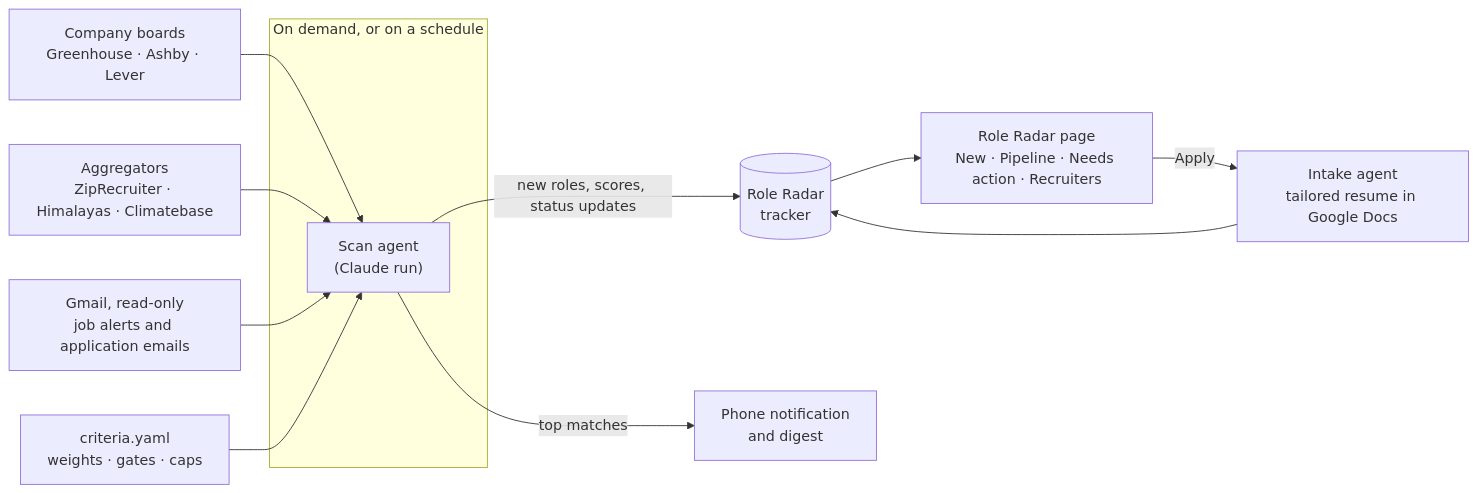
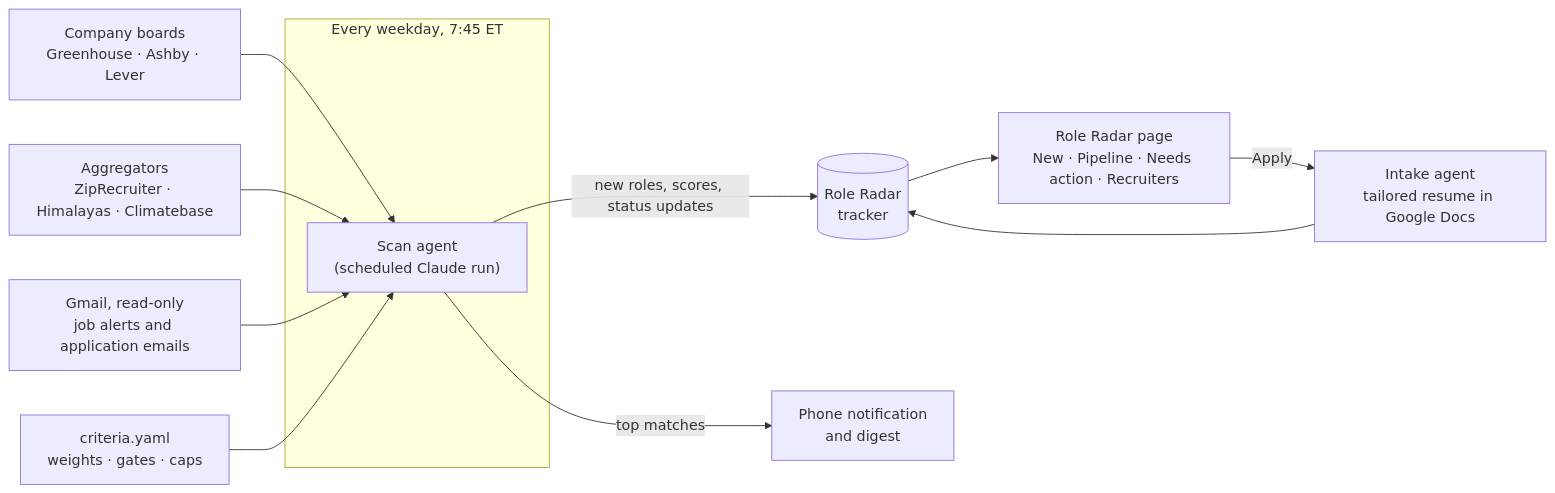
The diagram in README.md (holroydchase-afk/role-radar), drawn with Mermaid before and after one commit. The commit also changed other lines of this file and 1 other file, not shown here.

First line of the commit message:
RR-PAY: leave the scan wording to PR #71

````diff
--- a/README.md
+++ b/README.md
@@ -24,15 +24,15 @@
 ```mermaid
 flowchart LR
-  subgraph Morning["On demand, or on a schedule"]
-    S["Scan agent<br/>(Claude run)"]
+  subgraph Morning["Every weekday, 7:45 ET"]
+    S["Scan agent<br/>(scheduled Claude run)"]
   end
   B["Company boards<br/>Greenhouse · Ashby · Lever"] --> S
   Z["Aggregators<br/>ZipRecruiter · Himalayas · Climatebase"] --> S
   G["Gmail, read-only<br/>job alerts and application emails"] --> S
   C["criteria.yaml<br/>weights · gates · caps"] --> S
   S -->|"new roles, scores, status updates"| DB[("Role Radar<br/>tracker")]
   S -->|"top matches"| P["Phone notification<br/>and digest"]
   DB --> UI["Role Radar page<br/>New · Pipeline · Needs action · Recruiters"]
   UI -->|"Apply"| I["Intake agent<br/>tailored resume in Google Docs"]
   I --> DB
 ```
````
